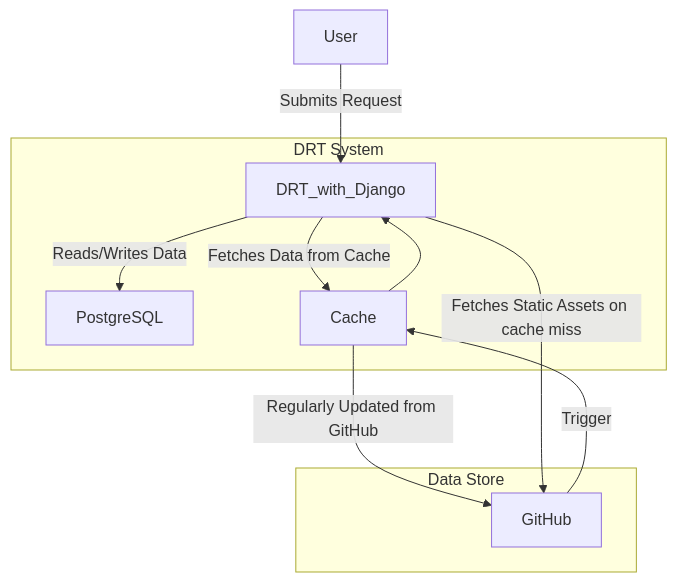
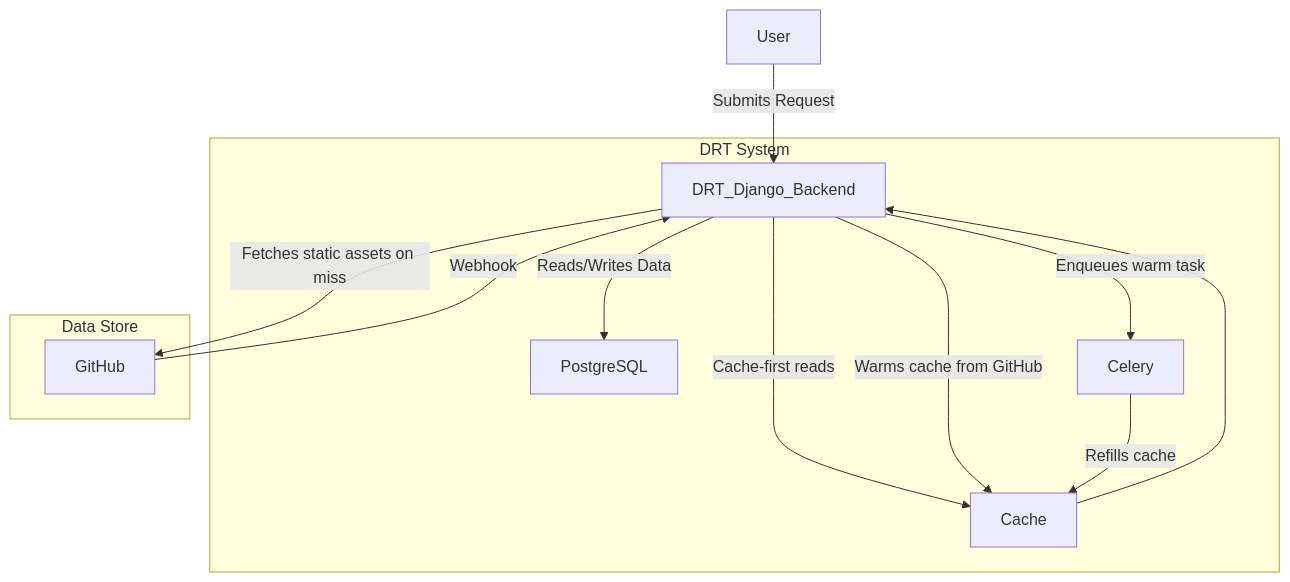
Before and after one commit to ClimateSmartAgCollab/DRT_Design_Document: the first of 5 diagrams in docs/cache-architecture.md, drawn with Mermaid. The commit also changed other lines of this file and 13 other files, not shown here.

Commit message:
Fix GitHub cache refresh pipeline and harden cache behavior

````diff
--- a/docs/cache-architecture.md
+++ b/docs/cache-architecture.md
@@ -3,33 +3,35 @@
 ```mermaid
 graph TD;
 
-    User[User] --> |Submits Request| DRT_with_Django;
+    User[User] --> |Submits Request| DRT_Django_Backend;
 
-    DRT_with_Django --> |Reads/Writes Data| PostgreSQL;
+    DRT_Django_Backend --> |Reads/Writes Data| PostgreSQL;
 
-    DRT_with_Django --> |Fetches Data from Cache| Cache;
+    DRT_Django_Backend --> |Cache-first reads| Cache;
+    Cache --> DRT_Django_Backend;
 
-    Cache --> |Regularly Updated from GitHub| GitHub;
+    DRT_Django_Backend --> |Fetches static assets on miss| GitHub;
+    DRT_Django_Backend --> |Warms cache from GitHub| Cache;
 
-    GitHub --Trigger--> Cache;
-
-    Cache --> DRT_with_Django;
-
-    DRT_with_Django --> |Fetches Static Assets on cache miss| GitHub;
+    GitHub --Webhook--> DRT_Django_Backend;
+    DRT_Django_Backend --Enqueues warm task--> Celery;
+    Celery --> |Refills cache| Cache;
 
     subgraph "DRT System"
 
-        DRT_with_Django
+        DRT_Django_Backend
+
+        Celery
 
         Cache
 
         PostgreSQL
 
     end
 
     subgraph "Data Store"
 
         GitHub
 
     end
 ```
````
